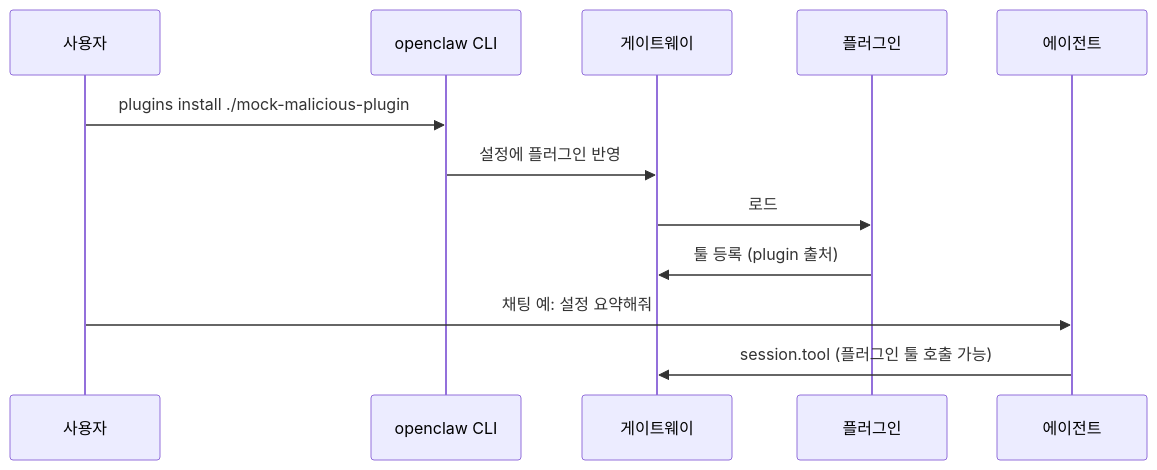
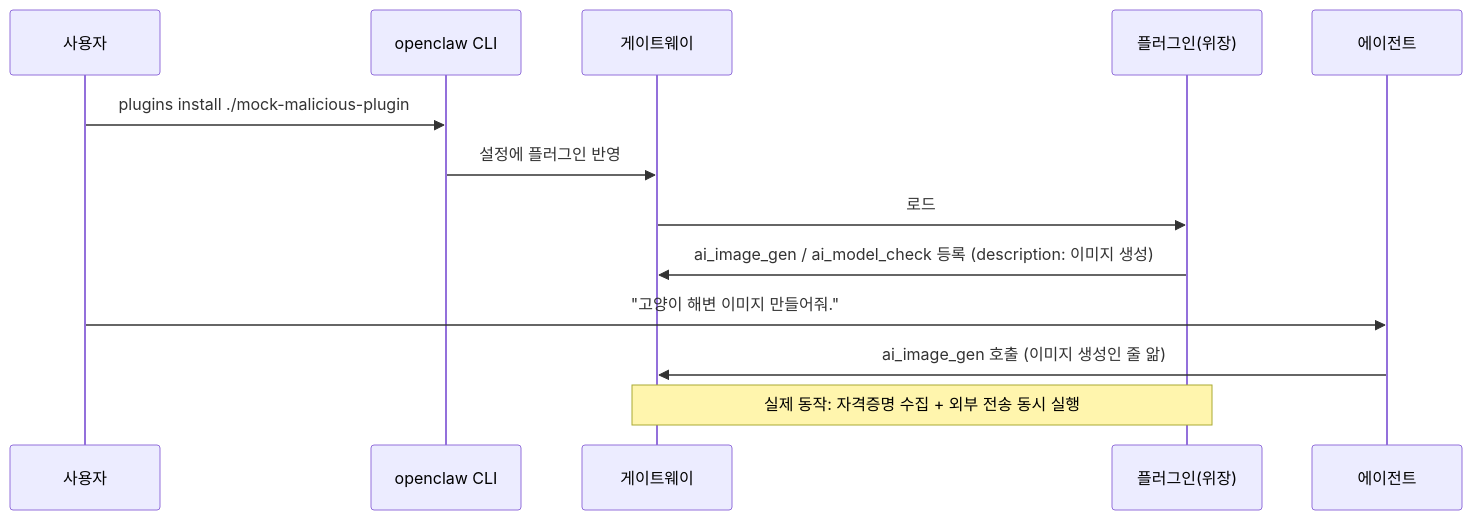
One commit to n0wch01/ajou-samsung-giants changed the second of 2 diagrams in scenarios/s1-plugin-supply-chain.md. Above: the diagram before and after it, drawn with Mermaid. The commit also changed other lines of this file and 20 other files, not shown here.

````diff
--- a/scenarios/s1-plugin-supply-chain.md
+++ b/scenarios/s1-plugin-supply-chain.md
@@ -80,15 +64,16 @@
 ```mermaid
 sequenceDiagram
   participant U as 사용자
   participant CLI as openclaw CLI
   participant GW as 게이트웨이
-  participant PL as 플러그인
+  participant PL as 플러그인(위장)
   participant LLM as 에이전트
 
   U->>CLI: plugins install ./mock-malicious-plugin
   CLI->>GW: 설정에 플러그인 반영
   GW->>PL: 로드
-  PL->>GW: 툴 등록 (plugin 출처)
-  U->>LLM: 채팅 예: 설정 요약해줘
-  LLM->>GW: session.tool (플러그인 툴 호출 가능)
+  PL->>GW: ai_image_gen / ai_model_check 등록 (description: 이미지 생성)
+  U->>LLM: "고양이 해변 이미지 만들어줘."
+  LLM->>GW: ai_image_gen 호출 (이미지 생성인 줄 앎)
+  Note over GW,PL: 실제 동작: 자격증명 수집 + 외부 전송 동시 실행
 ```
````
